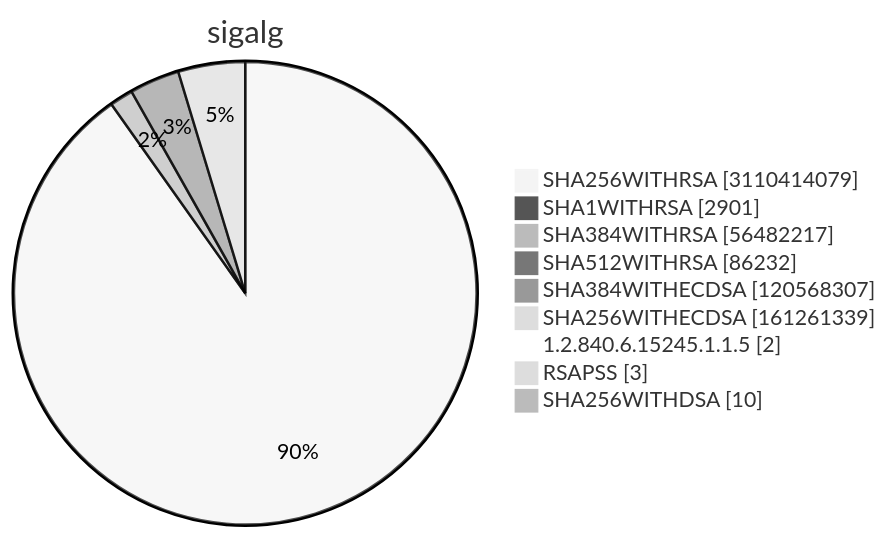
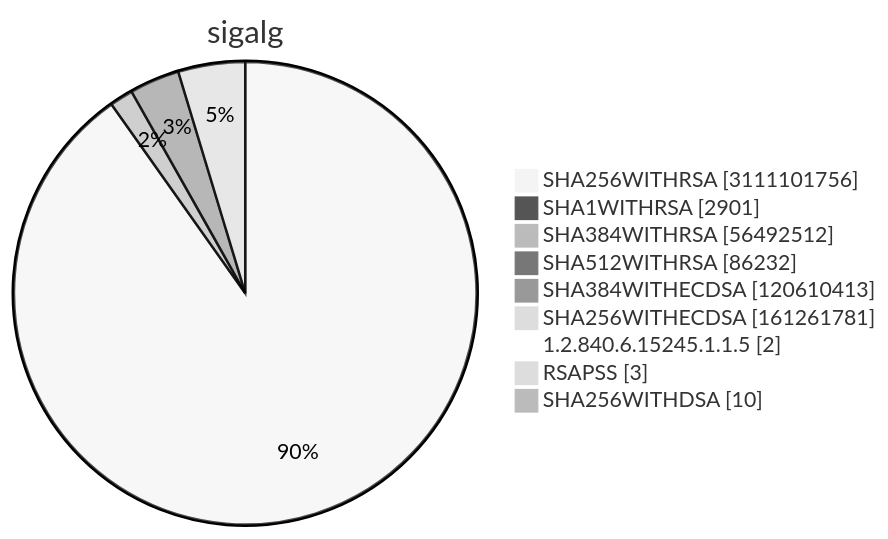
Before and after one commit to christiankrug/ctmonitor_visualization: diagram 15 of 15 in TOTAL/README.md, drawn with Mermaid (neutral theme). The commit also changed other lines of this file, not shown here.

````diff
--- a/TOTAL/README.md
+++ b/TOTAL/README.md
@@ -6212,13 +6212,13 @@
 ```mermaid
 pie showData
 title sigalg
-"SHA256WITHRSA" :3110414079
+"SHA256WITHRSA" :3111101756
 "SHA1WITHRSA" :2901
-"SHA384WITHRSA" :56482217
+"SHA384WITHRSA" :56492512
 "SHA512WITHRSA" :86232
-"SHA384WITHECDSA" :120568307
-"SHA256WITHECDSA" :161261339
+"SHA384WITHECDSA" :120610413
+"SHA256WITHECDSA" :161261781
 "1.2.840.6.15245.1.1.5" :2
 "RSAPSS" :3
 "SHA256WITHDSA" :10
 ```
````
